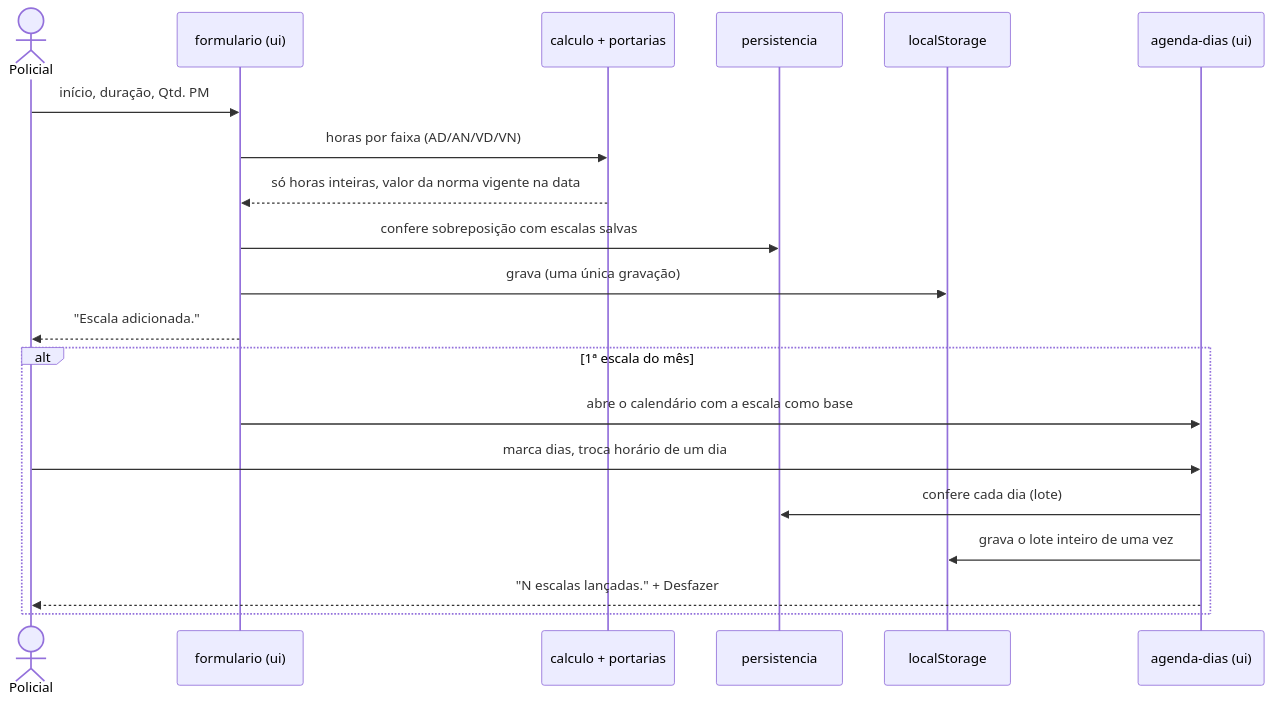
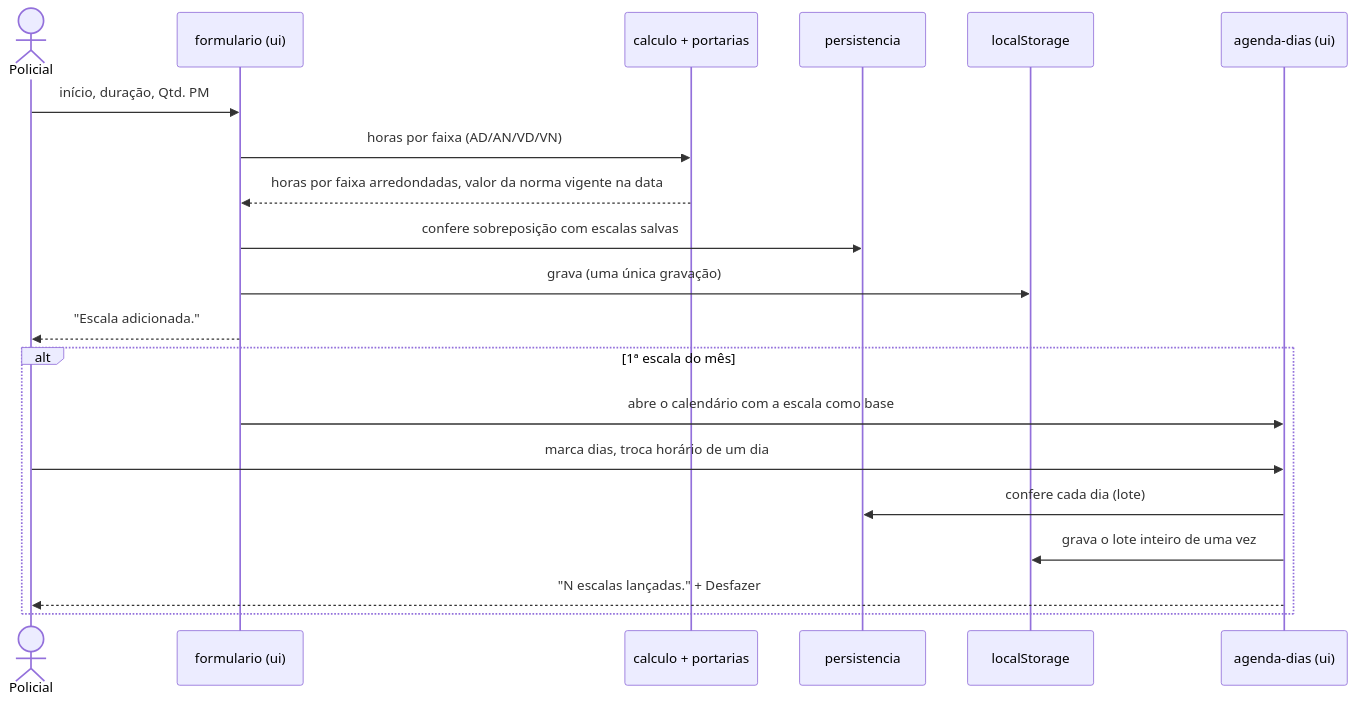
The second of 2 diagrams in docs/ARQUITETURA.md (calculadora-ac4-pmgo/calculadora-ac4-pmgo.github.io), drawn with Mermaid before and after one commit. The commit also changed other lines of this file and 15 other files, not shown here.

````diff
--- a/docs/ARQUITETURA.md
+++ b/docs/ARQUITETURA.md
@@ -64,23 +64,23 @@
 ```mermaid
 sequenceDiagram
   actor PM as Policial
   participant F as formulario (ui)
   participant C as calculo + portarias
   participant P as persistencia
   participant L as localStorage
   participant A as agenda-dias (ui)
 
   PM->>F: início, duração, Qtd. PM
   F->>C: horas por faixa (AD/AN/VD/VN)
-  C-->>F: só horas inteiras, valor da norma vigente na data
+  C-->>F: horas por faixa arredondadas, valor da norma vigente na data
   F->>P: confere sobreposição com escalas salvas
   F->>L: grava (uma única gravação)
   F-->>PM: "Escala adicionada."
   alt 1ª escala do mês
     F->>A: abre o calendário com a escala como base
     PM->>A: marca dias, troca horário de um dia
     A->>P: confere cada dia (lote)
     A->>L: grava o lote inteiro de uma vez
     A-->>PM: "N escalas lançadas." + Desfazer
   end
 ```
````
